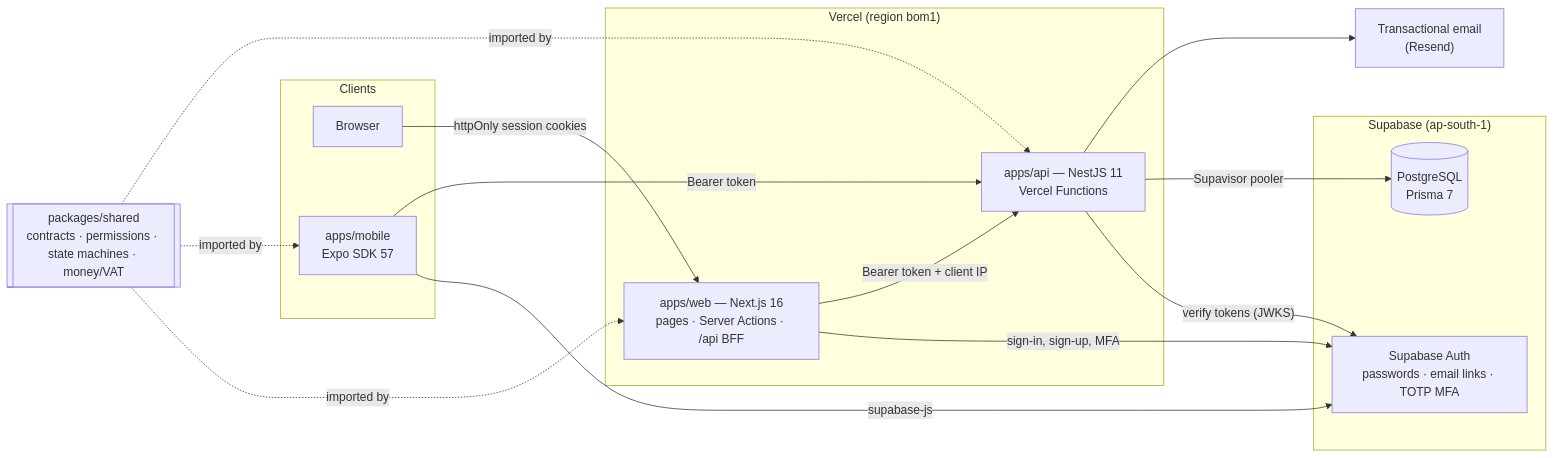
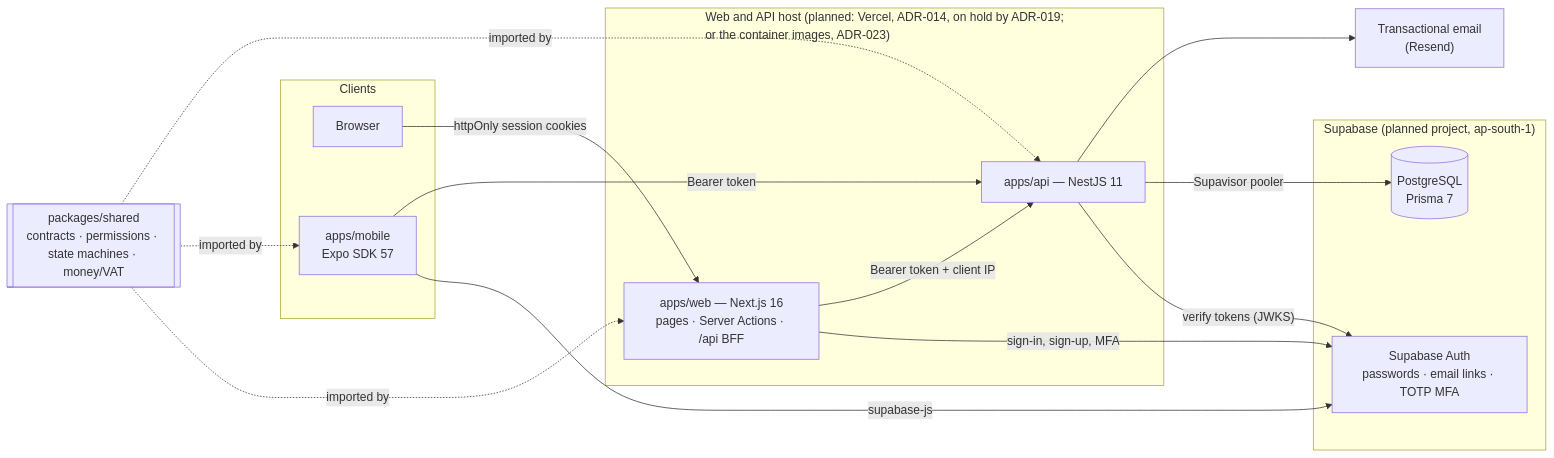
One commit to fasharif/topflow changed the diagram in README.md. Above: the diagram before and after it, drawn with Mermaid. The commit also changed other lines of this file and 4 other files, not shown here.

````diff
--- a/README.md
+++ b/README.md
@@ -39,29 +41,29 @@
 ```mermaid
 flowchart LR
   subgraph Clients
     BROWSER["Browser"]
     MOB["apps/mobile<br/>Expo SDK 57"]
   end
-  subgraph Vercel["Vercel (region bom1)"]
+  subgraph Host["Web and API host (planned: Vercel, ADR-014, on hold by ADR-019;<br/>or the container images, ADR-023)"]
     WEB["apps/web — Next.js 16<br/>pages · Server Actions · /api BFF"]
-    API["apps/api — NestJS 11<br/>Vercel Functions"]
+    API["apps/api — NestJS 11"]
   end
-  subgraph Supabase["Supabase (ap-south-1)"]
+  subgraph Supabase["Supabase (planned project, ap-south-1)"]
     AUTH["Supabase Auth<br/>passwords · email links · TOTP MFA"]
     DB[("PostgreSQL<br/>Prisma 7")]
   end
   SHARED[["packages/shared<br/>contracts · permissions · state machines · money/VAT"]]
   MAIL["Transactional email<br/>(Resend)"]
 
   BROWSER -- "httpOnly session cookies" --> WEB
   WEB -- "sign-in, sign-up, MFA" --> AUTH
   WEB -- "Bearer token + client IP" --> API
   MOB -- "supabase-js" --> AUTH
   MOB -- "Bearer token" --> API
   API -- "verify tokens (JWKS)" --> AUTH
   API -- "Supavisor pooler" --> DB
   API --> MAIL
   SHARED -. imported by .-> WEB
   SHARED -. imported by .-> MOB
   SHARED -. imported by .-> API
 ```
````
